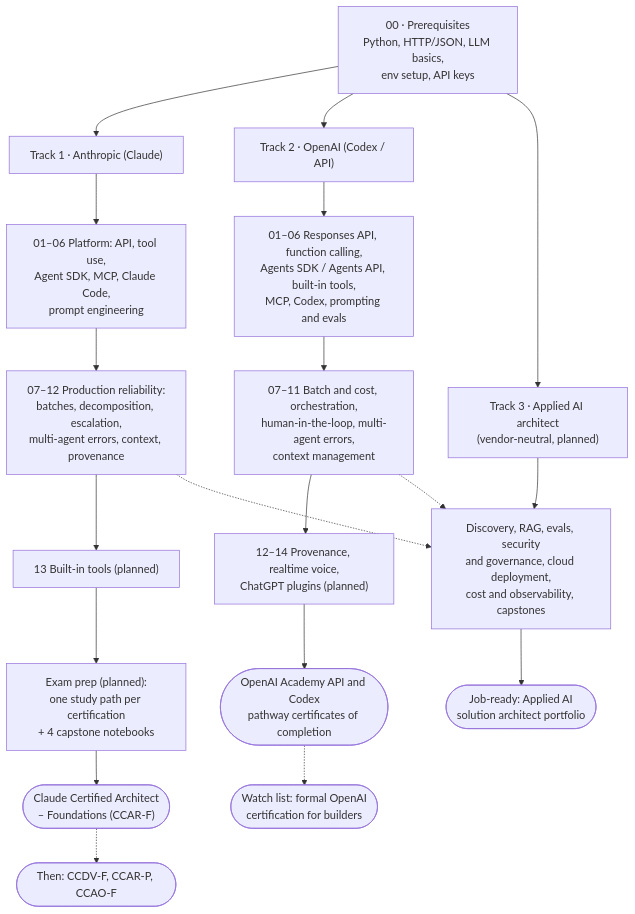
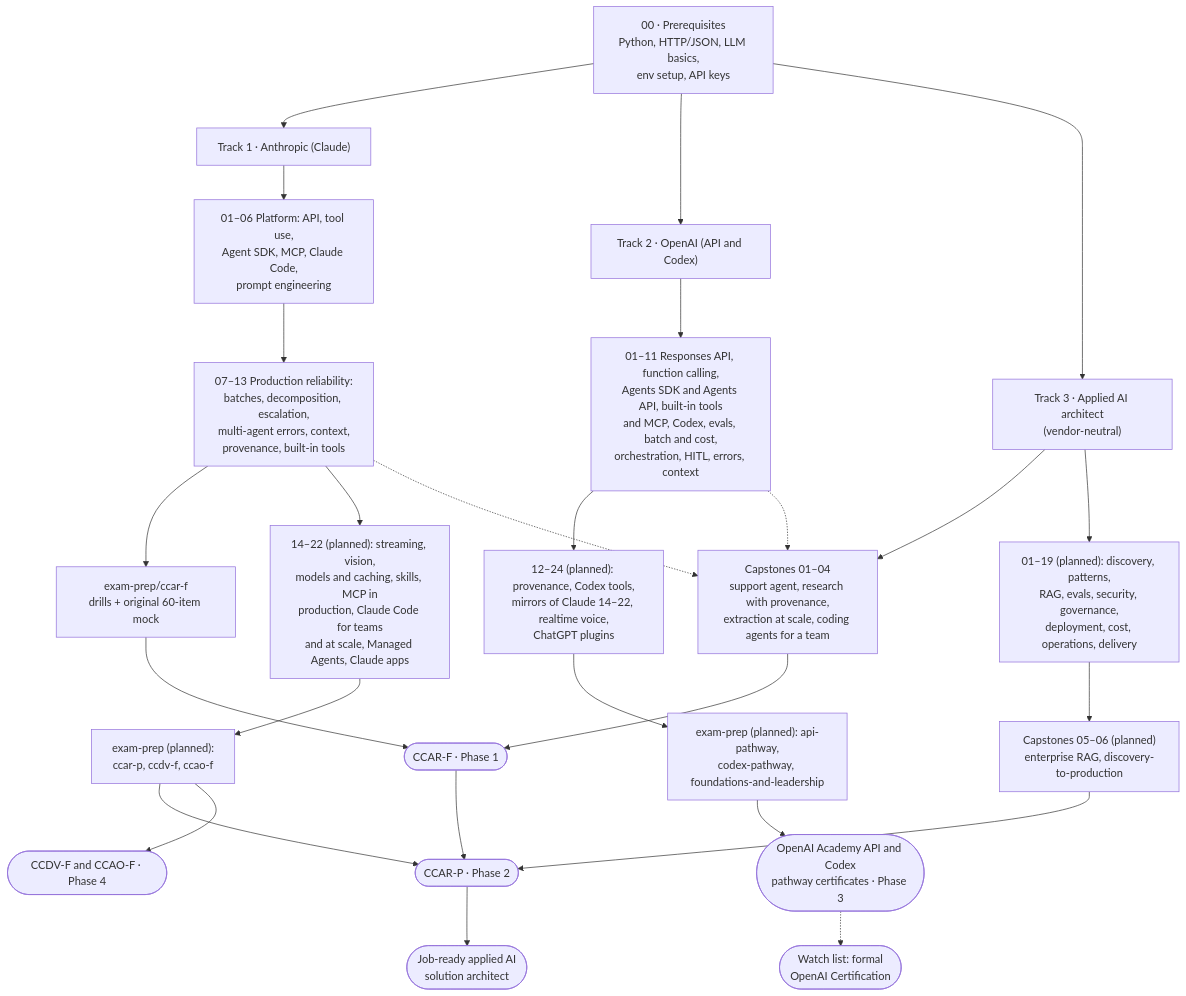
One commit to EldanGS/Applied-AI-Solution-Architect changed the diagram in README.md. Above: the diagram before and after it, drawn with Mermaid. The commit also changed other lines of this file and 7 other files, not shown here.

First line of the commit message:
Update overviews, roadmap and OpenAI chapter 03 after review pass

````diff
--- a/README.md
+++ b/README.md
@@ -77,26 +87,34 @@
 ```mermaid
 graph TD
     P["00 · Prerequisites<br/>Python, HTTP/JSON, LLM basics,<br/>env setup, API keys"]
 
     P --> A["Track 1 · Anthropic (Claude)"]
-    P --> O["Track 2 · OpenAI (Codex / API)"]
-    P --> V["Track 3 · Applied AI architect<br/>(vendor-neutral, planned)"]
+    P --> O["Track 2 · OpenAI (API and Codex)"]
+    P --> V["Track 3 · Applied AI architect<br/>(vendor-neutral)"]
 
     A --> A1["01–06 Platform: API, tool use,<br/>Agent SDK, MCP, Claude Code,<br/>prompt engineering"]
-    A1 --> A2["07–12 Production reliability:<br/>batches, decomposition, escalation,<br/>multi-agent errors, context, provenance"]
-    A2 --> A3["13 Built-in tools (planned)"]
-    A3 --> AX["Exam prep (planned):<br/>one study path per certification<br/>+ 4 capstone notebooks"]
-    AX --> AC(["Claude Certified Architect<br/>– Foundations (CCAR-F)"])
-    AC -.-> AP(["Then: CCDV-F, CCAR-P, CCAO-F"])
+    A1 --> A2["07–13 Production reliability:<br/>batches, decomposition, escalation,<br/>multi-agent errors, context,<br/>provenance, built-in tools"]
+    A2 --> AXF["exam-prep/ccar-f<br/>drills + original 60-item mock"]
+    A2 --> A3["14–22 (planned): streaming, vision,<br/>models and caching, skills, MCP in<br/>production, Claude Code for teams<br/>and at scale, Managed Agents, Claude apps"]
+    A3 --> AXO["exam-prep (planned):<br/>ccar-p, ccdv-f, ccao-f"]
 
-    O --> O1["01–06 Responses API, function calling,<br/>Agents SDK / Agents API, built-in tools,<br/>MCP, Codex, prompting and evals"]
-    O1 --> O2["07–11 Batch and cost, orchestration,<br/>human-in-the-loop, multi-agent errors,<br/>context management"]
-    O2 --> O3["12–14 Provenance, realtime voice,<br/>ChatGPT plugins (planned)"]
-    O3 --> OC(["OpenAI Academy API and Codex<br/>pathway certificates of completion"])
-    OC -.-> OW(["Watch list: formal OpenAI<br/>certification for builders"])
+    O --> O1["01–11 Responses API, function calling,<br/>Agents SDK and Agents API, built-in tools<br/>and MCP, Codex, evals, batch and cost,<br/>orchestration, HITL, errors, context"]
+    O1 --> O2["12–24 (planned): provenance, Codex tools,<br/>mirrors of Claude 14–22, realtime voice,<br/>ChatGPT plugins"]
+    O2 --> OX["exam-prep (planned): api-pathway,<br/>codex-pathway, foundations-and-leadership"]
 
-    V --> V1["Discovery, RAG, evals, security<br/>and governance, cloud deployment,<br/>cost and observability, capstones"]
-    A2 -.-> V1
-    O2 -.-> V1
-    V1 --> VJ(["Job-ready: Applied AI<br/>solution architect portfolio"])
+    V --> C14["Capstones 01–04<br/>support agent, research with provenance,<br/>extraction at scale, coding agents for a team"]
+    V --> V1["01–19 (planned): discovery, patterns,<br/>RAG, evals, security, governance,<br/>deployment, cost, operations, delivery"]
+    V1 --> C56["Capstones 05–06 (planned)<br/>enterprise RAG, discovery-to-production"]
+    A2 -.-> C14
+    O1 -.-> C14
+
+    AXF --> CF(["CCAR-F · Phase 1"])
+    C14 --> CF
+    CF --> CP(["CCAR-P · Phase 2"])
+    C56 --> CP
+    AXO --> CP
+    OX --> OC(["OpenAI Academy API and Codex<br/>pathway certificates · Phase 3"])
+    OC -.-> OW(["Watch list: formal<br/>OpenAI Certification"])
+    AXO --> SC(["CCDV-F and CCAO-F · Phase 4"])
+    CP --> J(["Job-ready applied AI<br/>solution architect"])
 ```
````
